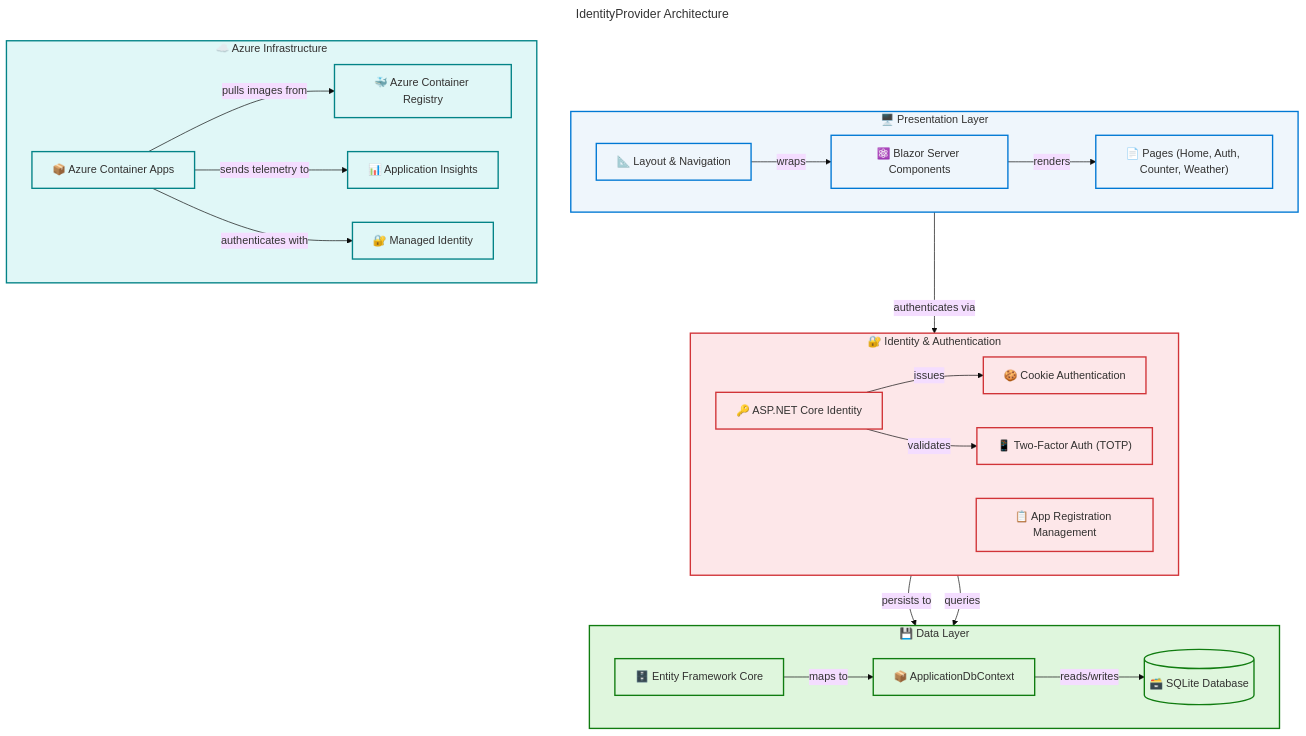
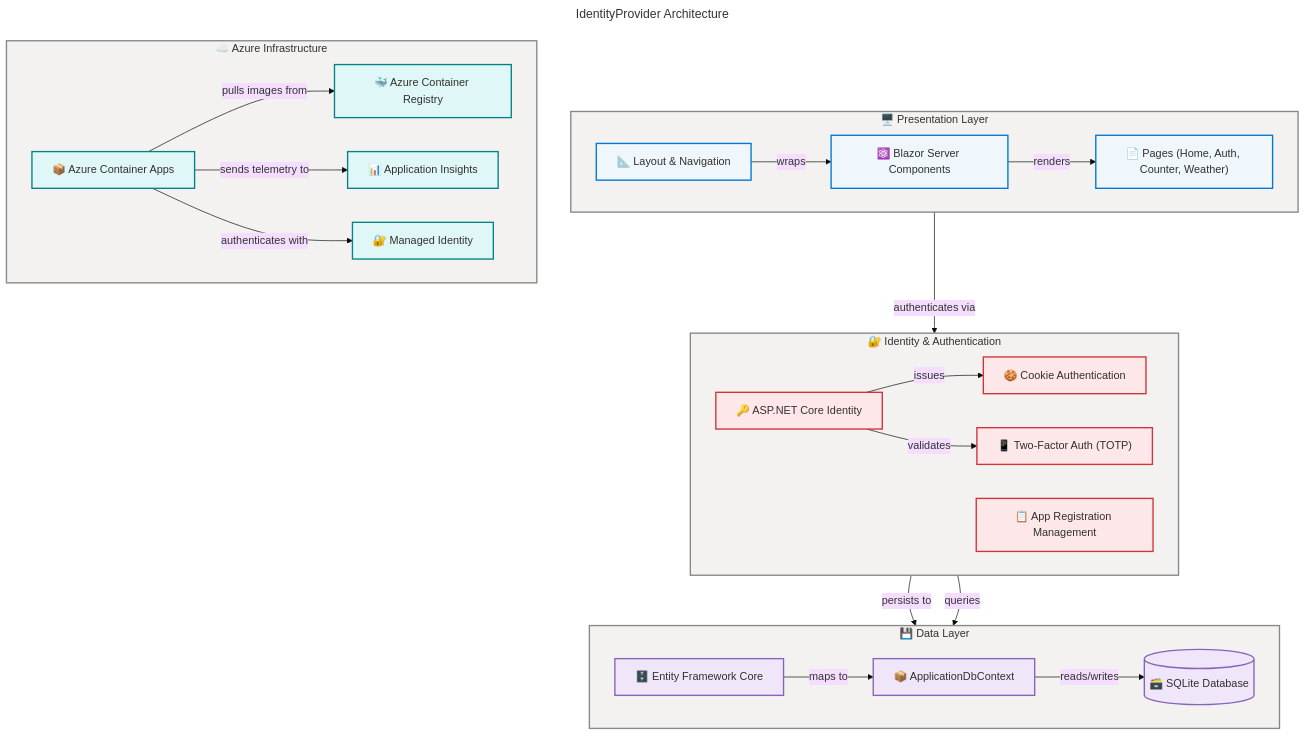
The diagram in README.md (Evilazaro/IdentityProvider), drawn with Mermaid before and after one commit.

Commit message:
Refactor flowchart in README.md to enhance semantic class definitions, improve accessibility, and update styling for clarity

````diff
--- a/README.md
+++ b/README.md
@@ -191,52 +191,52 @@
   theme: base
   look: classic
   layout: dagre
-  flowchart:
-    htmlLabels: true
+  themeVariables:
+    fontSize: '16px'
 ---
 flowchart TB
     accTitle: IdentityProvider Application Architecture
     accDescr: Layered architecture showing Blazor Server frontend, ASP.NET Core Identity middleware, Entity Framework Core data layer, SQLite database, and Azure Container Apps deployment infrastructure
 
-    %% ═══════════════════════════════════════════════
+    %% ═══════════════════════════════════════════════════════════════════════════
     %% AZURE / FLUENT ARCHITECTURE PATTERN v1.1
     %% (Semantic + Structural + Font + Accessibility Governance)
-    %% ═══════════════════════════════════════════════
+    %% ═══════════════════════════════════════════════════════════════════════════
     %% PHASE 1 - FLUENT UI: All styling uses approved Fluent UI palette only
     %% PHASE 2 - GROUPS: Every subgraph has semantic color via style directive
     %% PHASE 3 - COMPONENTS: Every node has semantic classDef + icon prefix
     %% PHASE 4 - ACCESSIBILITY: accTitle/accDescr present, WCAG AA contrast
     %% PHASE 5 - STANDARD: Governance block present, classDefs centralized
-    %% ═══════════════════════════════════════════════
+    %% ═══════════════════════════════════════════════════════════════════════════
 
     subgraph presentation["🖥️ Presentation Layer"]
         direction LR
-        blazor["⚛️ Blazor Server Components"]:::core
-        layout["📐 Layout & Navigation"]:::core
-        pages["📄 Pages (Home, Auth, Counter, Weather)"]:::core
+        blazor["⚛️ Blazor Server Components"]
+        layout["📐 Layout & Navigation"]
+        pages["📄 Pages (Home, Auth, Counter, Weather)"]
     end
 
     subgraph identity["🔐 Identity & Authentication"]
         direction LR
-        auth["🔑 ASP.NET Core Identity"]:::security
-        cookies["🍪 Cookie Authentication"]:::security
-        twofa["📱 Two-Factor Auth (TOTP)"]:::security
-        appreg["📋 App Registration Management"]:::security
+        auth["🔑 ASP.NET Core Identity"]
+        cookies["🍪 Cookie Authentication"]
+        twofa["📱 Two-Factor Auth (TOTP)"]
+        appreg["📋 App Registration Management"]
     end
 
     subgraph data["💾 Data Layer"]
         direction LR
-        efcore["🗄️ Entity Framework Core"]:::data
-        dbcontext["📦 ApplicationDbContext"]:::data
-        sqlite[("🗃️ SQLite Database")]:::data
+        efcore["🗄️ Entity Framework Core"]
+        dbcontext["📦 ApplicationDbContext"]
+        sqlite[("🗃️ SQLite Database")]
     end
 
     subgraph azure["☁️ Azure Infrastructure"]
         direction LR
-        containerapp["📦 Azure Container Apps"]:::cloud
-        acr["🐳 Azure Container Registry"]:::cloud
-        appinsights["📊 Application Insights"]:::cloud
-        managedid["🔐 Managed Identity"]:::cloud
+        containerapp["📦 Azure Container Apps"]
+        acr["🐳 Azure Container Registry"]
+        appinsights["📊 Application Insights"]
+        managedid["🔐 Managed Identity"]
     end
 
     blazor -->|"renders"| pages
@@ -252,14 +252,19 @@
     containerapp -->|"sends telemetry to"| appinsights
     containerapp -->|"authenticates with"| managedid
 
-    style presentation fill:#EFF6FC,stroke:#0078D4,stroke-width:2px,color:#323130
-    style identity fill:#FDE7E9,stroke:#D13438,stroke-width:2px,color:#323130
-    style data fill:#DFF6DD,stroke:#107C10,stroke-width:2px,color:#323130
-    style azure fill:#E0F7F7,stroke:#038387,stroke-width:2px,color:#323130
+    %% Centralized semantic classDefs
+    classDef core fill:#EFF6FC,stroke:#0078D4,stroke-width:2px,color:#323130
+    classDef danger fill:#FDE7E9,stroke:#D13438,stroke-width:2px,color:#323130
+    classDef data fill:#F0E6FA,stroke:#8764B8,stroke-width:2px,color:#323130
+    classDef external fill:#E0F7F7,stroke:#038387,stroke-width:2px,color:#323130
 
-    %% Centralized semantic classDefs (Phase 5 compliant)
-    classDef core fill:#EFF6FC,stroke:#0078D4,stroke-width:2px,color:#323130
-    classDef security fill:#FDE7E9,stroke:#D13438,stroke-width:2px,color:#323130
-    classDef data fill:#DFF6DD,stroke:#107C10,stroke-width:2px,color:#323130
-    classDef cloud fill:#E0F7F7,stroke:#038387,stroke-width:2px,color:#323130
+    class blazor,layout,pages core
+    class auth,cookies,twofa,appreg danger
+    class efcore,dbcontext,sqlite data
+    class containerapp,acr,appinsights,managedid external
+
+    style presentation fill:#F3F2F1,stroke:#8A8886,stroke-width:2px,color:#323130
+    style identity fill:#F3F2F1,stroke:#8A8886,stroke-width:2px,color:#323130
+    style data fill:#F3F2F1,stroke:#8A8886,stroke-width:2px,color:#323130
+    style azure fill:#F3F2F1,stroke:#8A8886,stroke-width:2px,color:#323130
 ```
````
